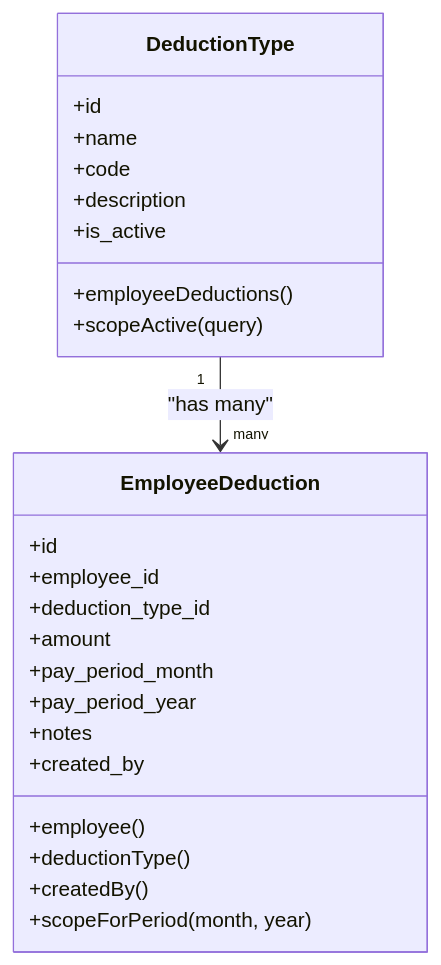
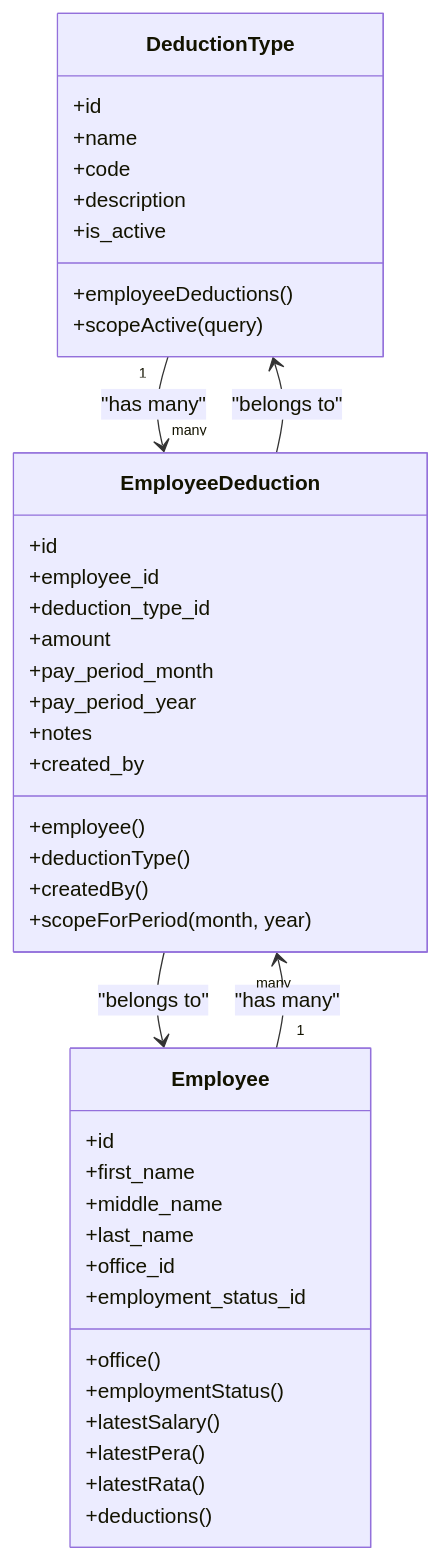
Before and after one commit to vincet0t15/template: the fourth of 4 diagrams in .qoder/repowiki/en/content/API Documentation/Deduction Management API/Deduction Management API.md, drawn with Mermaid. The commit also changed other lines of this file and 3 other files, not shown here.

````diff
--- a/.qoder/repowiki/en/content/API Documentation/Deduction Management API/Deduction Management API.md
+++ b/.qoder/repowiki/en/content/API Documentation/Deduction Management API/Deduction Management API.md
@@ -229,27 +255,44 @@
 ```mermaid
 classDiagram
 class DeductionType {
 +id
 +name
 +code
 +description
 +is_active
 +employeeDeductions()
 +scopeActive(query)
 }
 class EmployeeDeduction {
 +id
 +employee_id
 +deduction_type_id
 +amount
 +pay_period_month
 +pay_period_year
 +notes
 +created_by
 +employee()
 +deductionType()
 +createdBy()
 +scopeForPeriod(month, year)
 }
+class Employee {
++id
++first_name
++middle_name
++last_name
++office_id
++employment_status_id
++office()
++employmentStatus()
++latestSalary()
++latestPera()
++latestRata()
++deductions()
+}
 DeductionType "1" --> "many" EmployeeDeduction : "has many"
+Employee "1" --> "many" EmployeeDeduction : "has many"
+EmployeeDeduction --> DeductionType : "belongs to"
+EmployeeDeduction --> Employee : "belongs to"
 ```
````
